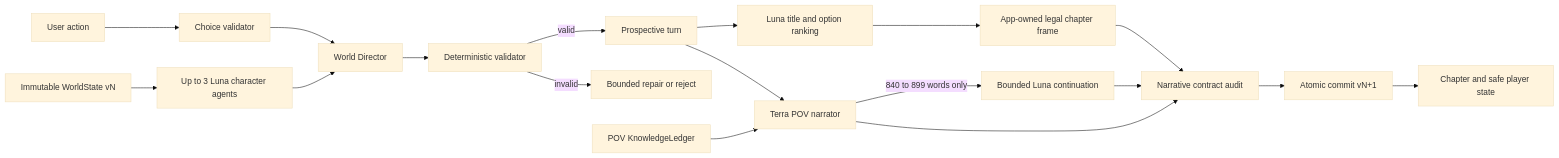
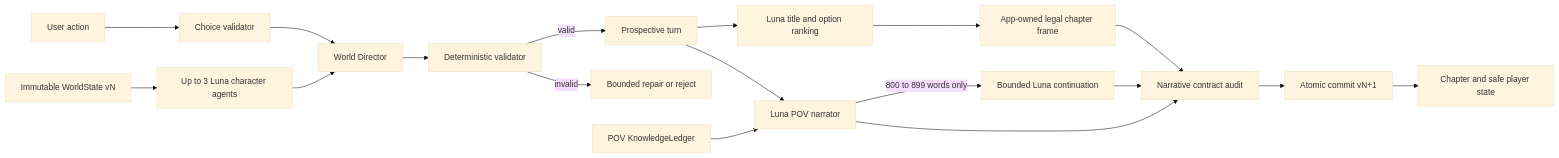
The diagram in docs/ARCHITECTURE.md (shivam-g10/infinite-litrpg), drawn with Mermaid (base theme) before and after one commit. The commit also changed other lines of this file and 21 other files, not shown here.

````diff
--- a/docs/ARCHITECTURE.md
+++ b/docs/ARCHITECTURE.md
@@ -7,20 +7,20 @@
 ```mermaid
 flowchart LR
     U["User action"] --> P["Choice validator"]
     S["Immutable WorldState vN"] --> A["Up to 3 Luna character agents"]
     P --> D["World Director"]
     A --> D
     D --> V["Deterministic validator"]
     V -->|valid| T["Prospective turn"]
     V -->|invalid| R["Bounded repair or reject"]
     T --> F["Luna title and option ranking"]
     F --> G["App-owned legal chapter frame"]
-    T --> N["Terra POV narrator"]
+    T --> N["Luna POV narrator"]
     K["POV KnowledgeLedger"] --> N
-    N -->|840 to 899 words only| L["Bounded Luna continuation"]
+    N -->|800 to 899 words only| L["Bounded Luna continuation"]
     L --> Q["Narrative contract audit"]
     G --> Q
     N --> Q["Narrative contract audit"]
     Q --> C["Atomic commit vN+1"]
     C --> H["Chapter and safe player state"]
 ```
````
